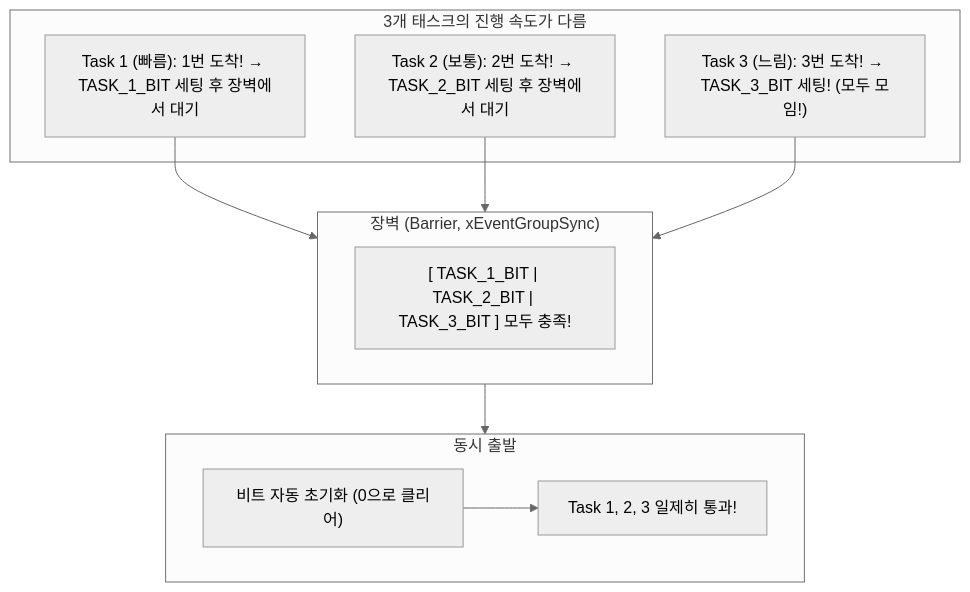
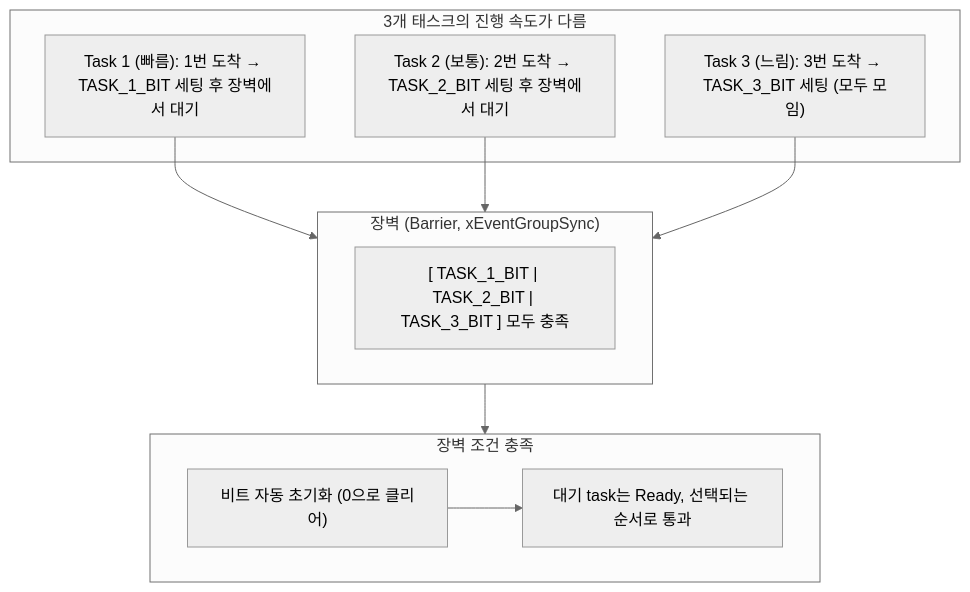
One commit to yunju-baek/FreeRTOS-Tutorials-ko changed the first of 2 diagrams in ko/guides/tutorial_16.md. Above: the diagram before and after it, drawn with Mermaid (neutral theme). The commit also changed other lines of this file and 37 other files, not shown here.

````diff
--- a/ko/guides/tutorial_16.md
+++ b/ko/guides/tutorial_16.md
@@ -38,21 +42,21 @@
 ```mermaid
 flowchart TD
     subgraph Tasks["3개 태스크의 진행 속도가 다름"]
-        T1["Task 1 (빠름): 1번 도착! → TASK_1_BIT 세팅 후 장벽에서 대기"]
-        T2["Task 2 (보통): 2번 도착! → TASK_2_BIT 세팅 후 장벽에서 대기"]
-        T3["Task 3 (느림): 3번 도착! → TASK_3_BIT 세팅! (모두 모임!)"]
+        T1["Task 1 (빠름): 1번 도착 → TASK_1_BIT 세팅 후 장벽에서 대기"]
+        T2["Task 2 (보통): 2번 도착 → TASK_2_BIT 세팅 후 장벽에서 대기"]
+        T3["Task 3 (느림): 3번 도착 → TASK_3_BIT 세팅 (모두 모임)"]
     end
 
     subgraph Barrier["장벽 (Barrier, xEventGroupSync)"]
-        B1["[ TASK_1_BIT | TASK_2_BIT | TASK_3_BIT ] 모두 충족!"]
+        B1["[ TASK_1_BIT | TASK_2_BIT | TASK_3_BIT ] 모두 충족"]
     end
 
-    subgraph Exit["동시 출발"]
-        E1["비트 자동 초기화 (0으로 클리어)"] --> E2["Task 1, 2, 3 일제히 통과!"]
+    subgraph Exit["장벽 조건 충족"]
+        E1["비트 자동 초기화 (0으로 클리어)"] --> E2["대기 task는 Ready, 선택되는 순서로 통과"]
     end
 
     T1 --> Barrier
     T2 --> Barrier
     T3 --> Barrier
     Barrier --> Exit
 ```
````
